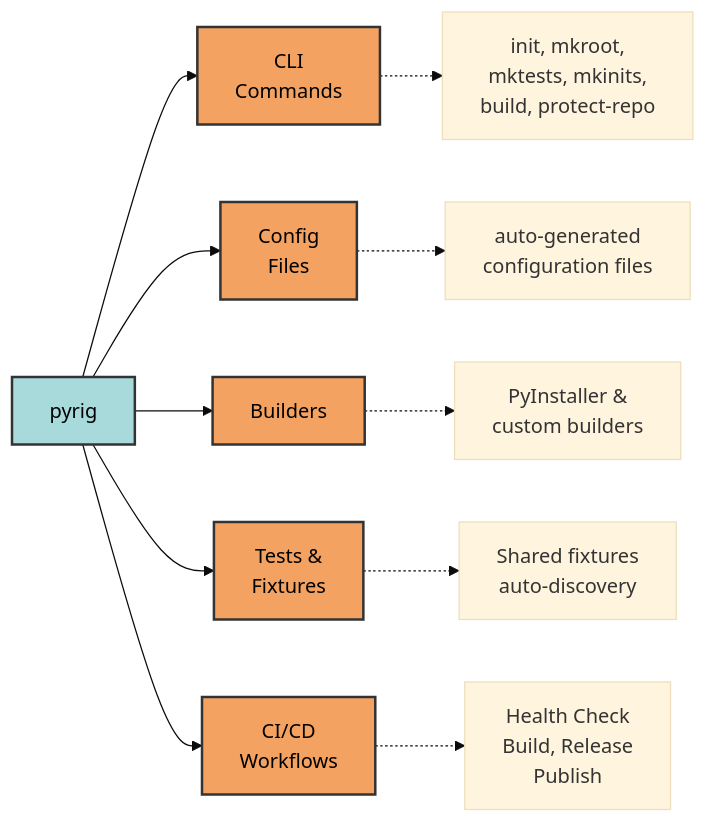
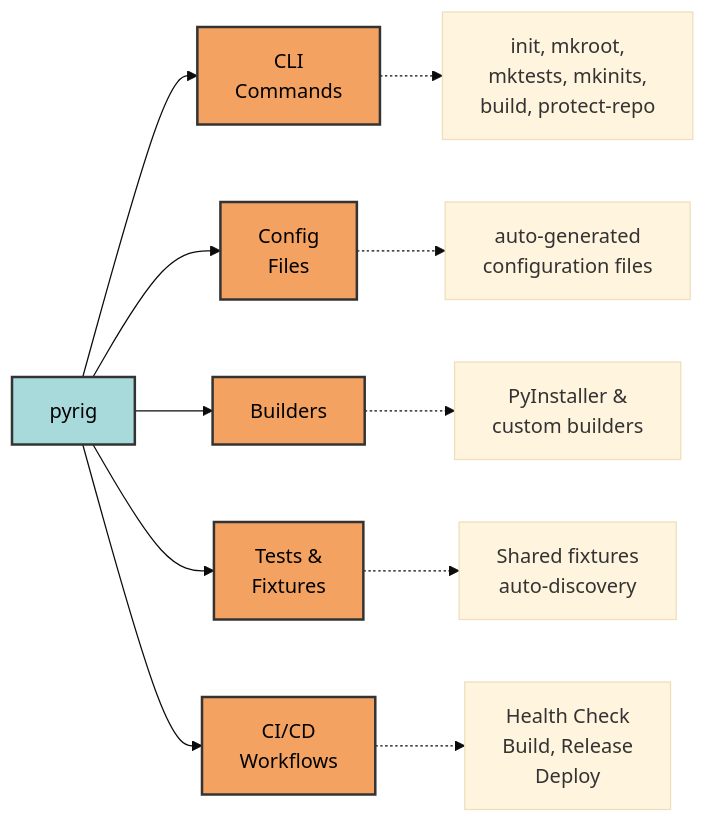
Before and after one commit to Winipedia/pyrig: the diagram in docs/index.md, drawn with Mermaid (base theme). The commit also changed 17 other files, not shown here.

````diff
--- a/docs/index.md
+++ b/docs/index.md
@@ -43,21 +43,21 @@
 ```mermaid
 graph LR
     A[pyrig] --> B[CLI<br/>Commands]
     A --> C[Config<br/>Files]
     A --> D[Builders]
     A --> E[Tests &<br/>Fixtures]
     A --> F[CI/CD<br/>Workflows]
 
     B -.-> B1[init, mkroot,<br/>mktests, mkinits,<br/>build, protect-repo]
     C -.-> C1[auto-generated<br/>configuration files]
     D -.-> D1[PyInstaller &<br/>custom builders]
     E -.-> E1[Shared fixtures<br/>auto-discovery]
-    F -.-> F1[Health Check<br/>Build, Release<br/>Publish]
+    F -.-> F1[Health Check<br/>Build, Release<br/>Deploy]
 
     style A fill:#a8dadc,stroke:#333,stroke-width:2px,color:#000
     style B fill:#f4a261,stroke:#333,stroke-width:2px,color:#000
     style C fill:#f4a261,stroke:#333,stroke-width:2px,color:#000
     style D fill:#f4a261,stroke:#333,stroke-width:2px,color:#000
     style E fill:#f4a261,stroke:#333,stroke-width:2px,color:#000
     style F fill:#f4a261,stroke:#333,stroke-width:2px,color:#000
 ```
````
